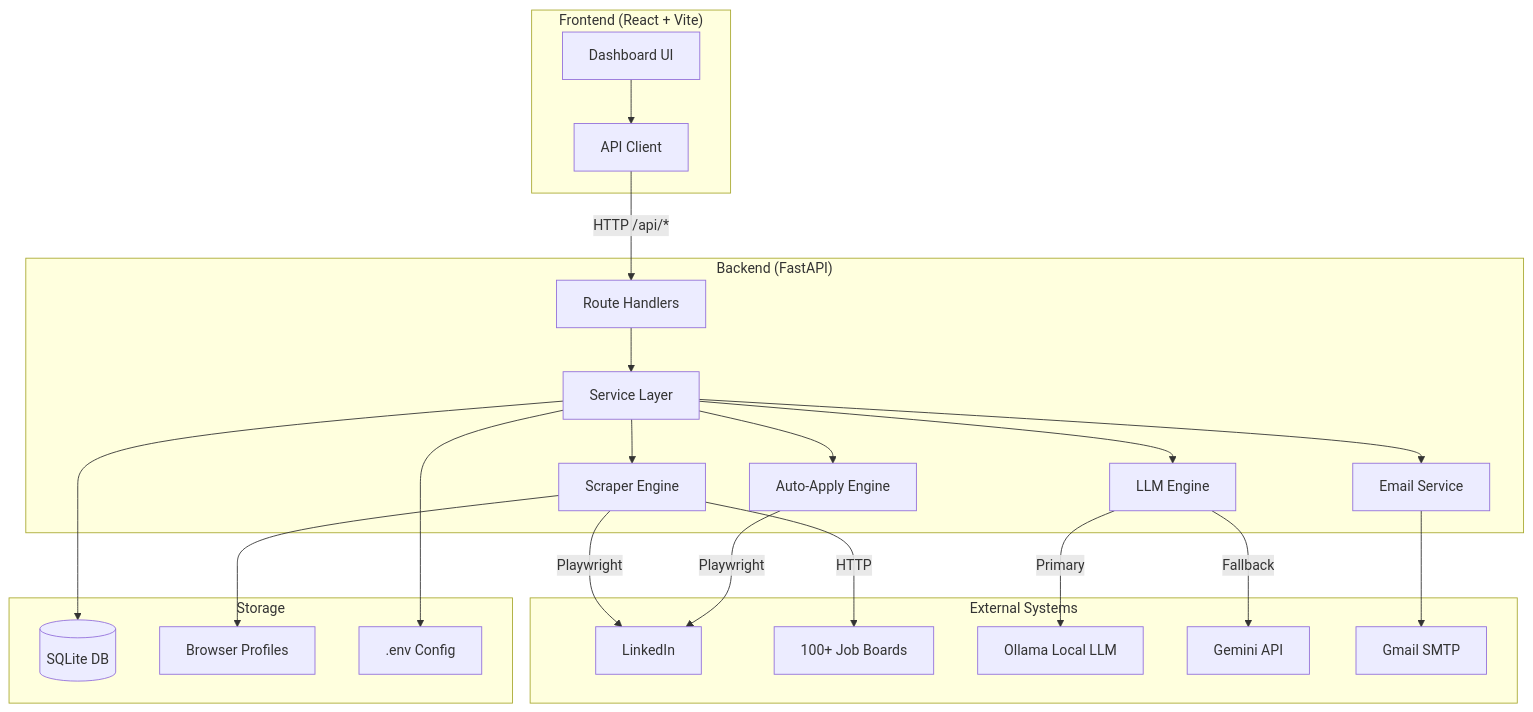
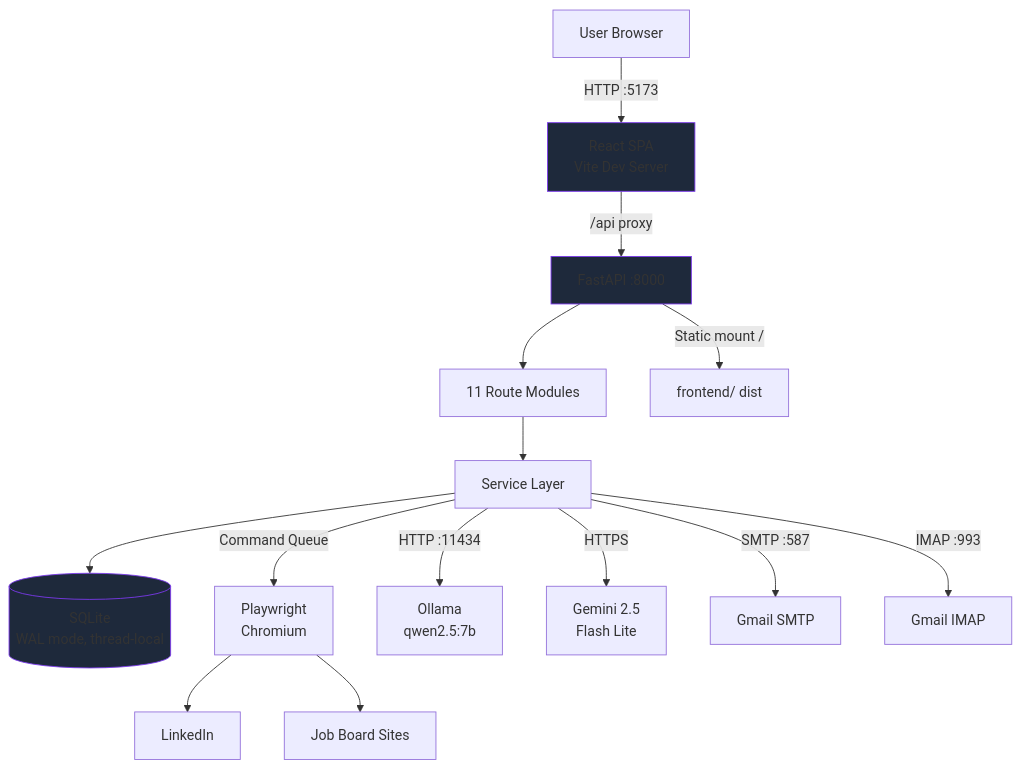
Before and after one commit to vineetkukreti/coolkit: the first of 16 diagrams in docs/SYSTEM_DIAGRAMS.md, drawn with Mermaid. The commit also changed other lines of this file and 81 other files, not shown here.

````diff
--- a/docs/SYSTEM_DIAGRAMS.md
+++ b/docs/SYSTEM_DIAGRAMS.md
@@ -5,49 +10,24 @@
 ```mermaid
-graph TB
-    subgraph Frontend["Frontend (React + Vite)"]
-        UI[Dashboard UI]
-        API_CLIENT[API Client]
-    end
+graph TD
+    USER[User Browser] -->|HTTP :5173| REACT[React SPA<br/>Vite Dev Server]
+    REACT -->|/api proxy| FASTAPI[FastAPI :8000]
 
-    subgraph Backend["Backend (FastAPI)"]
-        ROUTES[Route Handlers]
-        SERVICES[Service Layer]
-        SCRAPERS[Scraper Engine]
-        LLM_ENGINE[LLM Engine]
-        EMAIL_SVC[Email Service]
-        AUTO_APPLY[Auto-Apply Engine]
-    end
+    FASTAPI --> ROUTES[11 Route Modules]
+    ROUTES --> SERVICES[Service Layer]
 
-    subgraph External["External Systems"]
-        LINKEDIN[LinkedIn]
-        JOB_BOARDS[100+ Job Boards]
-        OLLAMA[Ollama Local LLM]
-        GEMINI[Gemini API]
-        GMAIL[Gmail SMTP]
-    end
+    SERVICES --> SQLITE[(SQLite<br/>WAL mode, thread-local)]
+    SERVICES -->|Command Queue| PLAYWRIGHT[Playwright<br/>Chromium]
+    SERVICES -->|HTTP :11434| OLLAMA[Ollama<br/>qwen2.5:7b]
+    SERVICES -->|HTTPS| GEMINI[Gemini 2.5<br/>Flash Lite]
+    SERVICES -->|SMTP :587| GMAIL[Gmail SMTP]
+    SERVICES -->|IMAP :993| IMAP[Gmail IMAP]
 
-    subgraph Storage["Storage"]
-        SQLITE[(SQLite DB)]
-        BROWSER_PROFILE[Browser Profiles]
-        ENV[.env Config]
-    end
+    PLAYWRIGHT --> LINKEDIN[LinkedIn]
+    PLAYWRIGHT --> JOBBOARDS[Job Board Sites]
 
-    UI --> API_CLIENT
-    API_CLIENT -->|HTTP /api/*| ROUTES
-    ROUTES --> SERVICES
-    SERVICES --> SCRAPERS
-    SERVICES --> LLM_ENGINE
-    SERVICES --> EMAIL_SVC
-    SERVICES --> AUTO_APPLY
+    FASTAPI -->|Static mount /| FRONTEND_DIST[frontend/ dist]
 
-    SCRAPERS -->|Playwright| LINKEDIN
-    SCRAPERS -->|HTTP| JOB_BOARDS
-    LLM_ENGINE -->|Primary| OLLAMA
-    LLM_ENGINE -->|Fallback| GEMINI
-    EMAIL_SVC --> GMAIL
-    AUTO_APPLY -->|Playwright| LINKEDIN
-
-    SERVICES --> SQLITE
-    SCRAPERS --> BROWSER_PROFILE
-    SERVICES --> ENV
+    style SQLITE fill:#1e293b,stroke:#7c3aed
+    style FASTAPI fill:#1e293b,stroke:#7c3aed
+    style REACT fill:#1e293b,stroke:#7c3aed
 ```
````
